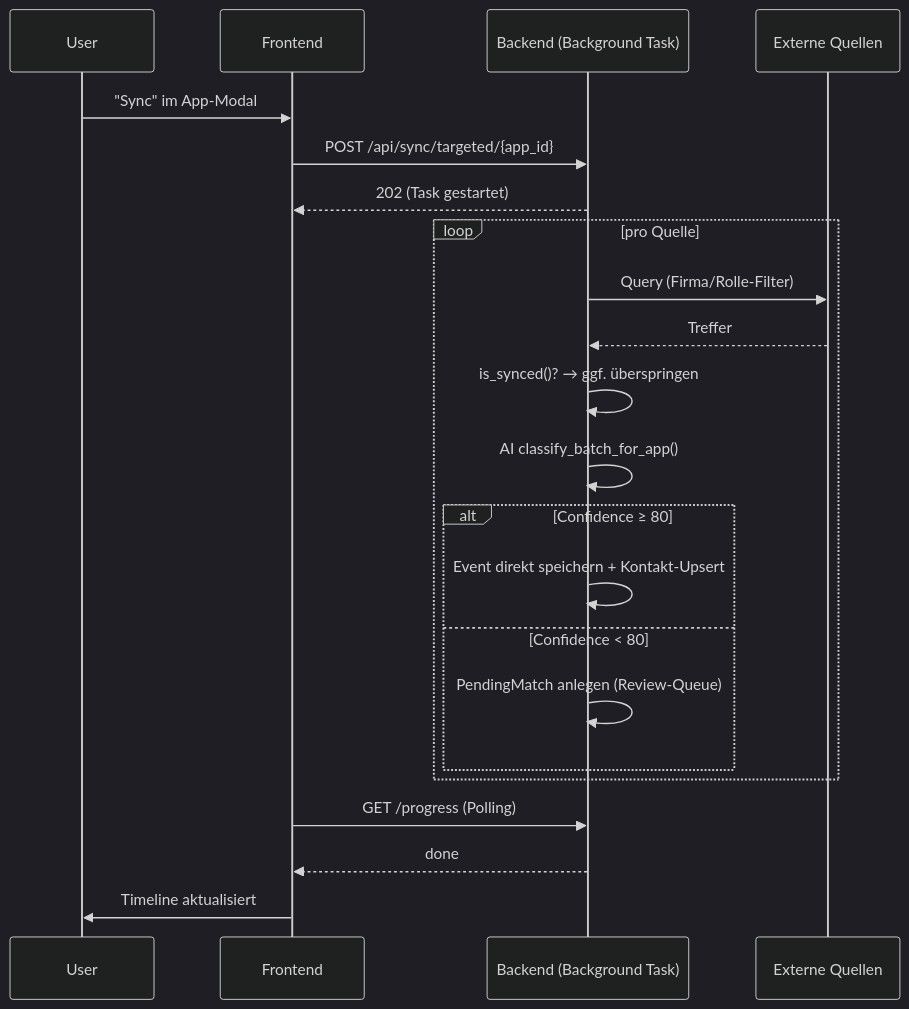
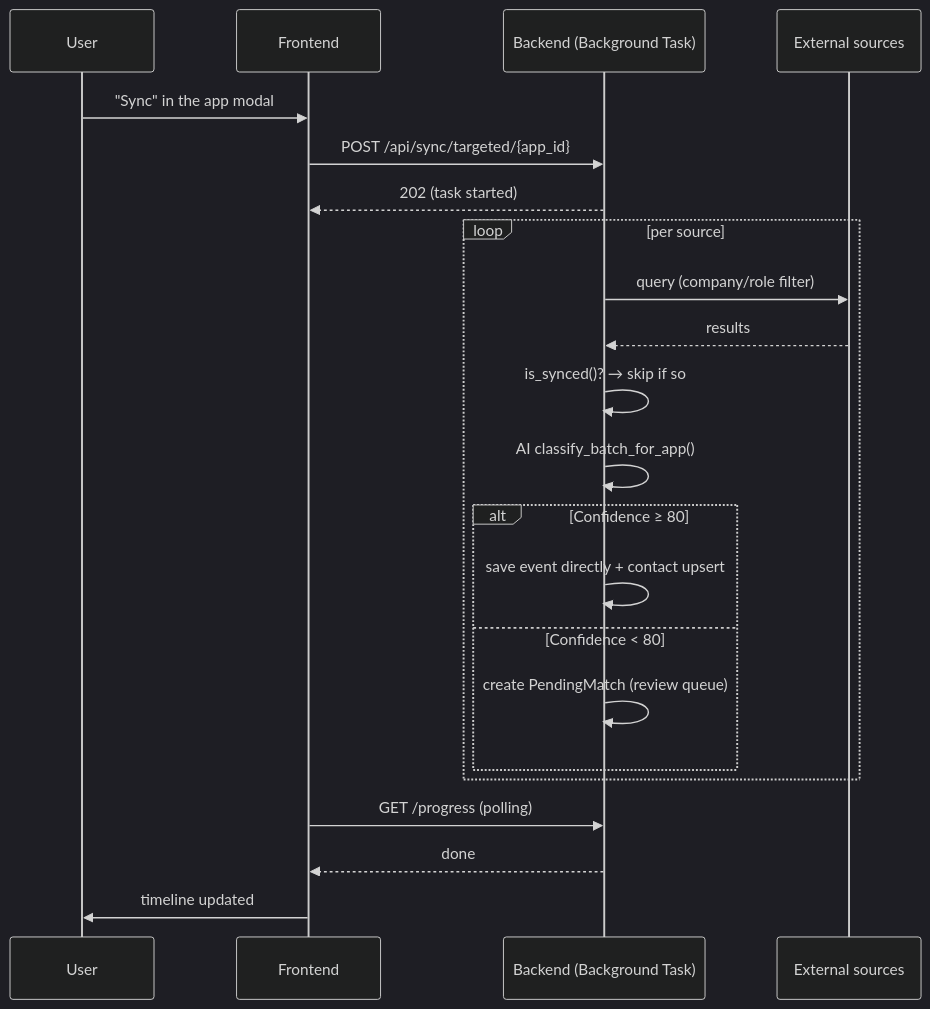
The third of 9 diagrams in docs/ARCHITECTURE.md (EGulinsky/rapport), drawn with Mermaid (dark theme) before and after one commit. The commit also changed other lines of this file and 6 other files, not shown here.

````diff
--- a/docs/ARCHITECTURE.md
+++ b/docs/ARCHITECTURE.md
@@ -416,25 +416,25 @@
 ```mermaid
 sequenceDiagram
     participant U as User
     participant FE as Frontend
     participant BE as Backend (Background Task)
-    participant Src as Externe Quellen
+    participant Src as External sources
 
-    U->>FE: "Sync" im App-Modal
+    U->>FE: "Sync" in the app modal
     FE->>BE: POST /api/sync/targeted/{app_id}
-    BE-->>FE: 202 (Task gestartet)
-    loop pro Quelle
-        BE->>Src: Query (Firma/Rolle-Filter)
-        Src-->>BE: Treffer
-        BE->>BE: is_synced()? → ggf. überspringen
+    BE-->>FE: 202 (task started)
+    loop per source
+        BE->>Src: query (company/role filter)
+        Src-->>BE: results
+        BE->>BE: is_synced()? → skip if so
         BE->>BE: AI classify_batch_for_app()
         alt Confidence ≥ 80
-            BE->>BE: Event direkt speichern + Kontakt-Upsert
+            BE->>BE: save event directly + contact upsert
         else Confidence < 80
-            BE->>BE: PendingMatch anlegen (Review-Queue)
+            BE->>BE: create PendingMatch (review queue)
         end
     end
-    FE->>BE: GET /progress (Polling)
+    FE->>BE: GET /progress (polling)
     BE-->>FE: done
-    FE->>U: Timeline aktualisiert
+    FE->>U: timeline updated
 ```
````
